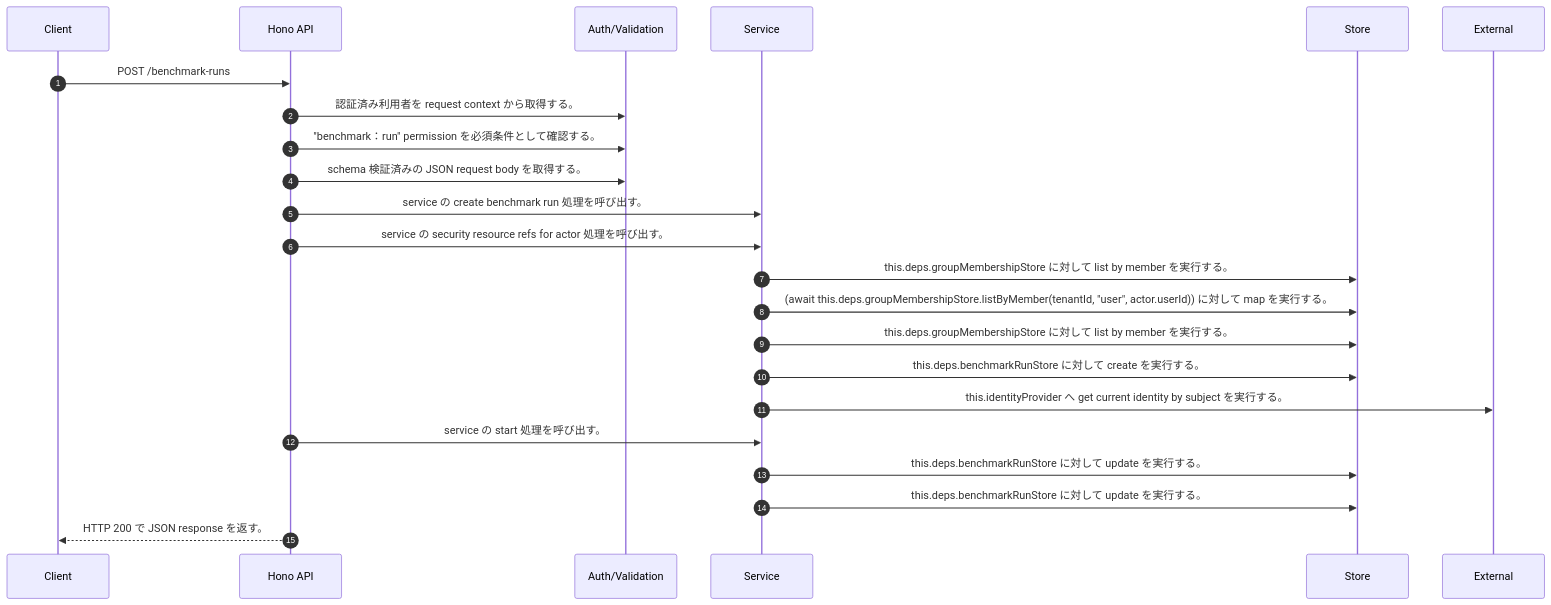
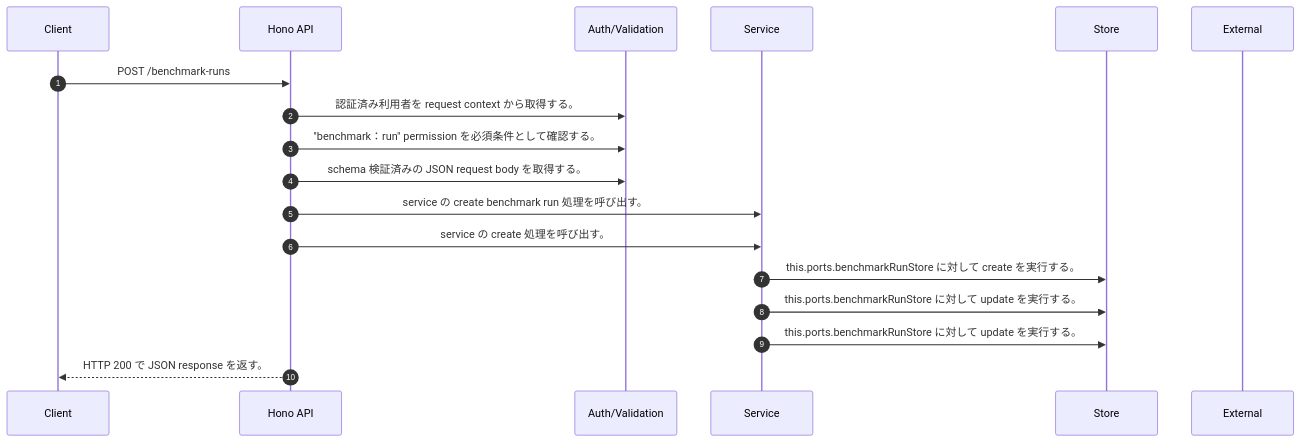
Before and after one commit to tsuji-tomonori/rag-assist: the diagram in docs/generated/api-code/post-benchmark-runs/sequence_gen.md, drawn with Mermaid. The commit also changed other lines of this file and 297 other files, not shown here.

First line of the commit message:
♻️ refactor(benchmark): run create orchestration を narrow service へ分離

````diff
--- a/docs/generated/api-code/post-benchmark-runs/sequence_gen.md
+++ b/docs/generated/api-code/post-benchmark-runs/sequence_gen.md
@@ -7,25 +7,20 @@
 ```mermaid
 sequenceDiagram
   autonumber
   participant Client as Client
   participant API as Hono API
   participant Auth as Auth/Validation
   participant Service as Service
   participant Store as Store
   participant External as External
   Client->>API: POST /benchmark-runs
   API->>Auth: 認証済み利用者を request context から取得する。
   API->>Auth: "benchmark：run" permission を必須条件として確認する。
   API->>Auth: schema 検証済みの JSON request body を取得する。
   API->>Service: service の create benchmark run 処理を呼び出す。
-  API->>Service: service の security resource refs for actor 処理を呼び出す。
-  Service->>Store: this.deps.groupMembershipStore に対して list by member を実行する。
-  Service->>Store: (await this.deps.groupMembershipStore.listByMember(tenantId, "user", actor.userId))        に対して map を実行する。
-  Service->>Store: this.deps.groupMembershipStore に対して list by member を実行する。
-  Service->>Store: this.deps.benchmarkRunStore に対して create を実行する。
-  Service->>External: this.identityProvider へ get current identity by subject を実行する。
-  API->>Service: service の start 処理を呼び出す。
-  Service->>Store: this.deps.benchmarkRunStore に対して update を実行する。
-  Service->>Store: this.deps.benchmarkRunStore に対して update を実行する。
+  API->>Service: service の create 処理を呼び出す。
+  Service->>Store: this.ports.benchmarkRunStore に対して create を実行する。
+  Service->>Store: this.ports.benchmarkRunStore に対して update を実行する。
+  Service->>Store: this.ports.benchmarkRunStore に対して update を実行する。
   API-->>Client: HTTP 200 で JSON response を返す。
 ```
````
